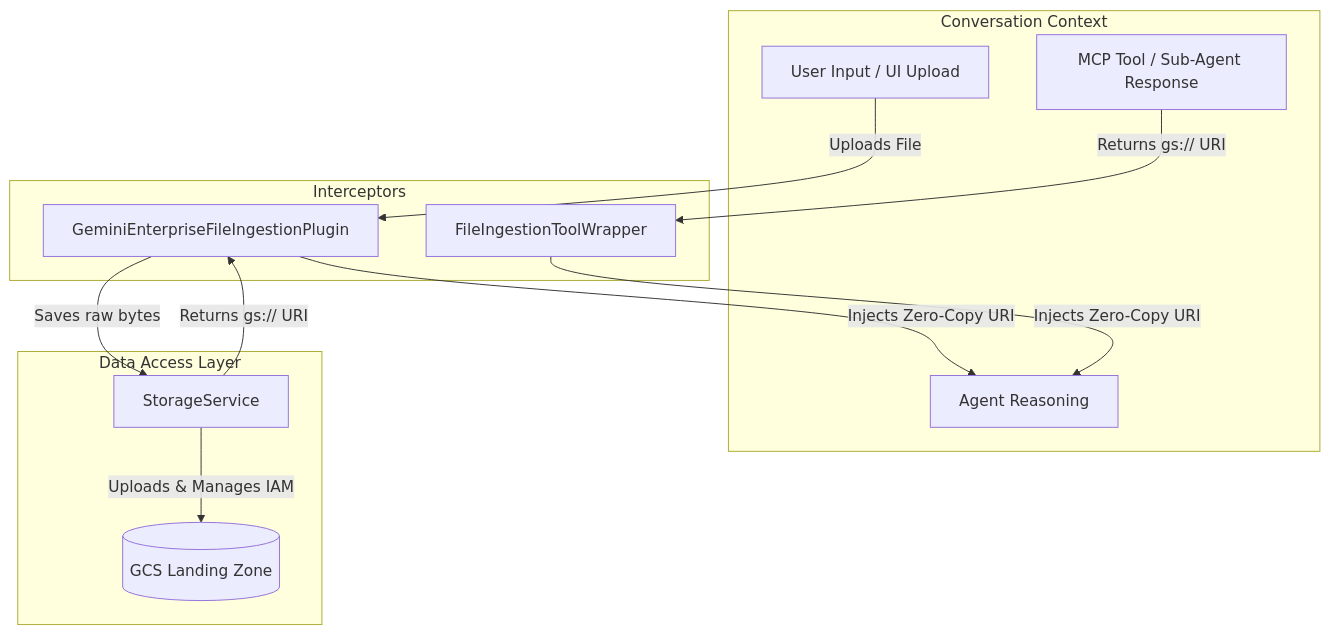
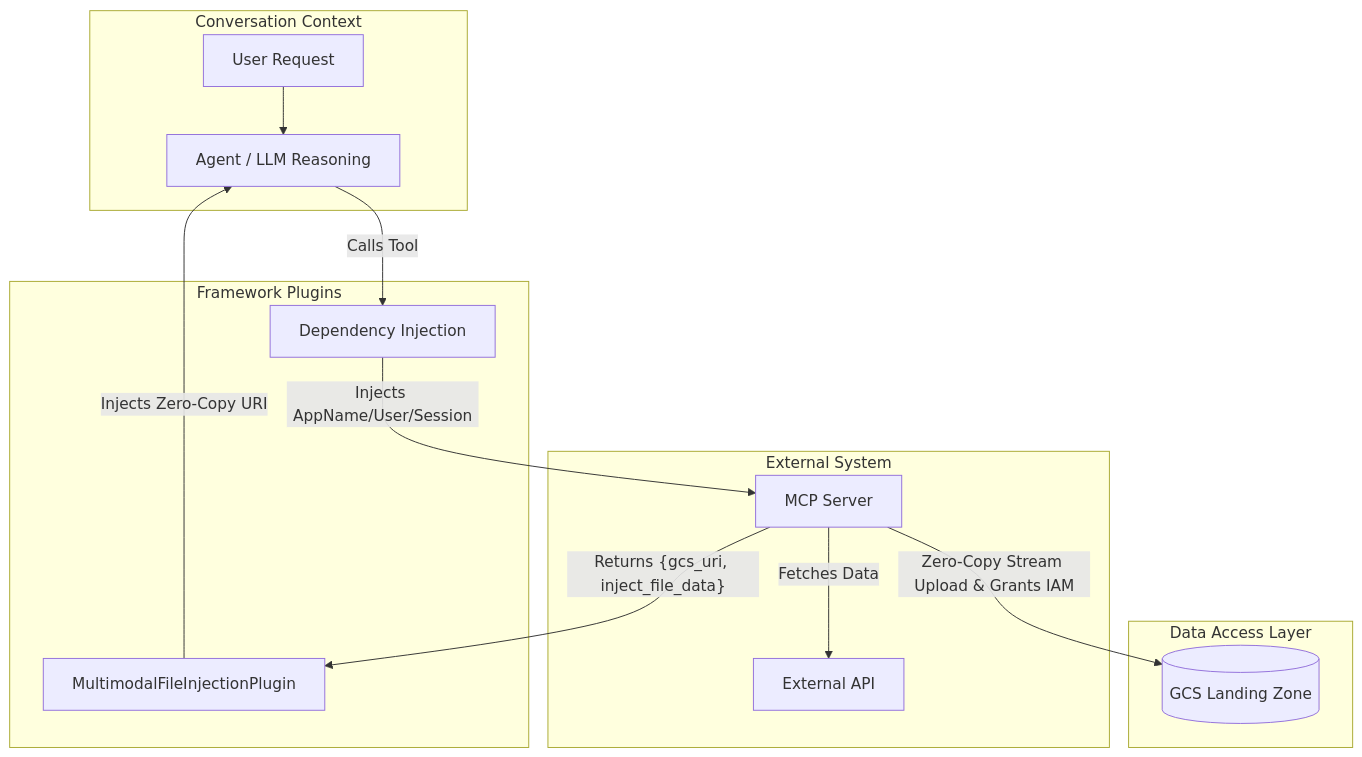
One commit to eamadorm-endava/Research-Agent changed the diagram in docs/AI-Agent-Development/07-Storage-and-Ingestion-Architecture.md. Above: the diagram before and after it, drawn with Mermaid. The commit also changed other lines of this file and 1 other file, not shown here.

Commit message:
docs: add Microsoft Entra setup guide and update Storage & Ingestion architecture

````diff
--- a/docs/AI-Agent-Development/07-Storage-and-Ingestion-Architecture.md
+++ b/docs/AI-Agent-Development/07-Storage-and-Ingestion-Architecture.md
@@ -14,29 +13,29 @@
 ```mermaid
 graph TD
     subgraph Conversation Context
-        A[User Input / UI Upload]
-        B[Agent Reasoning]
-        C[MCP Tool / Sub-Agent Response]
+        A[User Request]
+        B[Agent / LLM Reasoning]
     end
 
-    subgraph Interceptors
-        UI_Hook[GeminiEnterpriseFileIngestionPlugin]
-        Tool_Hook[FileIngestionToolWrapper]
+    subgraph Framework Plugins
+        DepPlugin[Dependency Injection]
+        Hook[MultimodalFileInjectionPlugin]
+    end
+
+    subgraph External System
+        MCP[MCP Server]
+        External[External API]
     end
 
     subgraph Data Access Layer
-        Storage[StorageService]
         GCS[(GCS Landing Zone)]
     end
 
-    A -- Uploads File --> UI_Hook
-    C -- Returns gs:// URI --> Tool_Hook
-    
-    UI_Hook -- Saves raw bytes --> Storage
-    
-    Storage -- Uploads & Manages IAM --> GCS
-    Storage -- Returns gs:// URI --> UI_Hook
-    
-    UI_Hook -- Injects Zero-Copy URI --> B
-    Tool_Hook -- Injects Zero-Copy URI --> B
+    A --> B
+    B -- Calls Tool --> DepPlugin
+    DepPlugin -- Injects AppName/User/Session --> MCP
+    MCP -- Fetches Data --> External
+    MCP -- Zero-Copy Stream Upload & Grants IAM --> GCS
+    MCP -- Returns {gcs_uri, inject_file_data} --> Hook
+    Hook -- Injects Zero-Copy URI --> B
 ```
````
